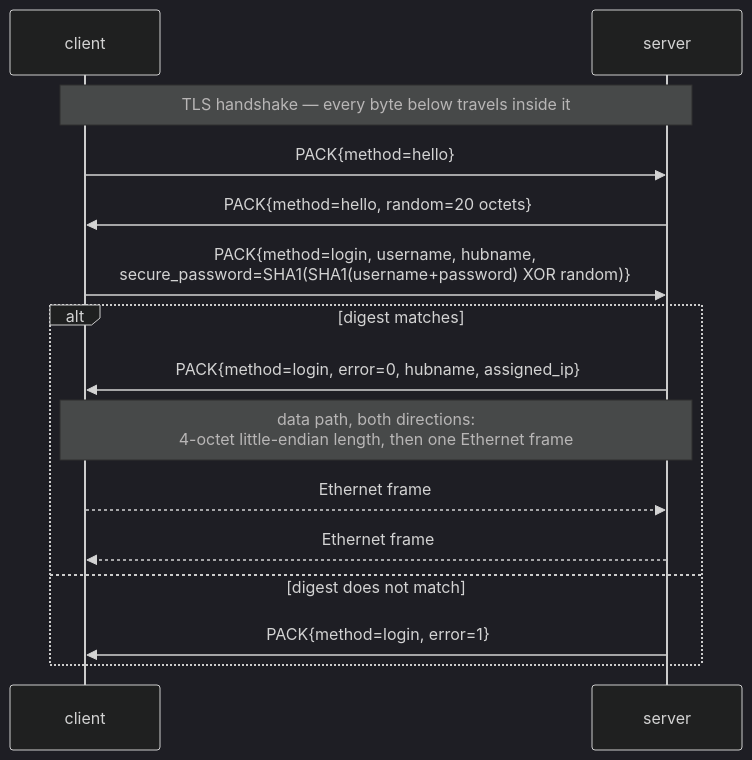
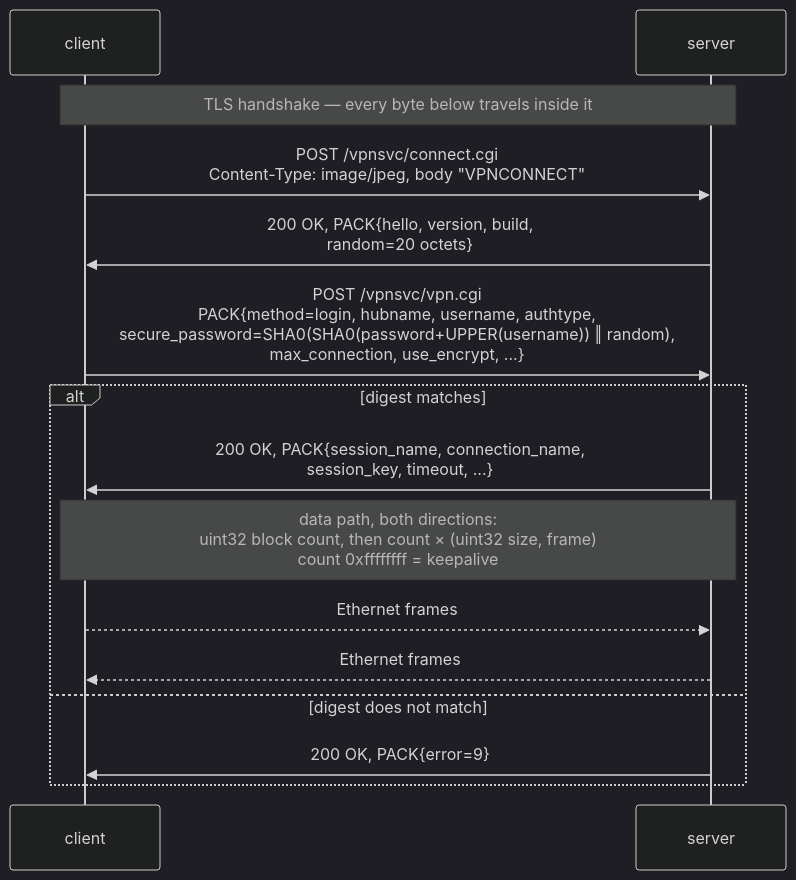
Before and after one commit to xen0bit/veepin: the diagram in internal/softether/README.md, drawn with Mermaid (dark theme). The commit also changed other lines of this file and 8 other files, not shown here.

````diff
--- a/internal/softether/README.md
+++ b/internal/softether/README.md
@@ -11,17 +11,17 @@
 ```mermaid
 sequenceDiagram
     participant C as client
     participant S as server
     Note over C,S: TLS handshake — every byte below travels inside it
-    C->>S: PACK{method=hello}
-    S->>C: PACK{method=hello, random=20 octets}
-    C->>S: PACK{method=login, username, hubname,<br/>secure_password=SHA1(SHA1(username+password) XOR random)}
+    C->>S: POST /vpnsvc/connect.cgi<br/>Content-Type: image/jpeg, body "VPNCONNECT"
+    S->>C: 200 OK, PACK{hello, version, build,<br/>random=20 octets}
+    C->>S: POST /vpnsvc/vpn.cgi<br/>PACK{method=login, hubname, username, authtype,<br/>secure_password=SHA0(SHA0(password+UPPER(username)) ‖ random),<br/>max_connection, use_encrypt, ...}
     alt digest matches
-        S->>C: PACK{method=login, error=0, hubname, assigned_ip}
-        Note over C,S: data path, both directions:<br/>4-octet little-endian length, then one Ethernet frame
-        C-->>S: Ethernet frame
-        S-->>C: Ethernet frame
+        S->>C: 200 OK, PACK{session_name, connection_name,<br/>session_key, timeout, ...}
+        Note over C,S: data path, both directions:<br/>uint32 block count, then count × (uint32 size, frame)<br/>count 0xffffffff = keepalive
+        C-->>S: Ethernet frames
+        S-->>C: Ethernet frames
     else digest does not match
-        S->>C: PACK{method=login, error=1}
+        S->>C: 200 OK, PACK{error=9}
     end
 ```
````
